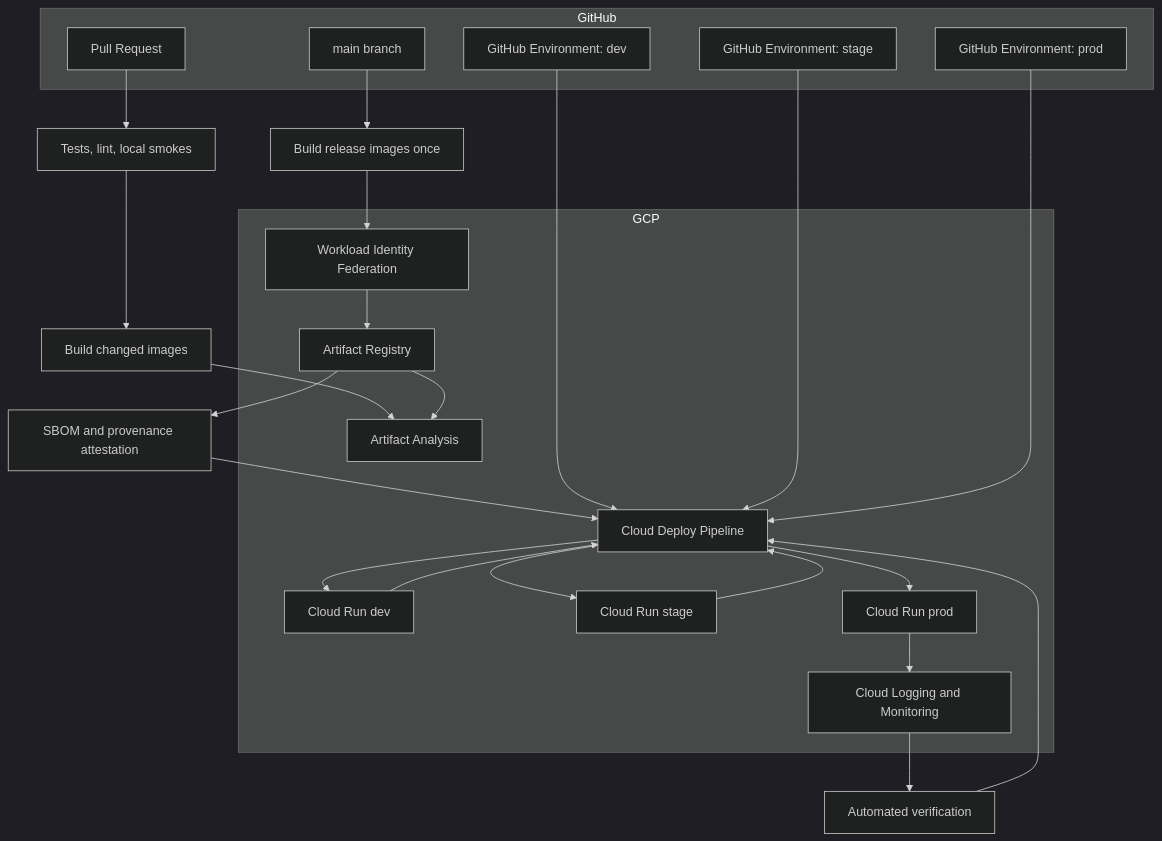
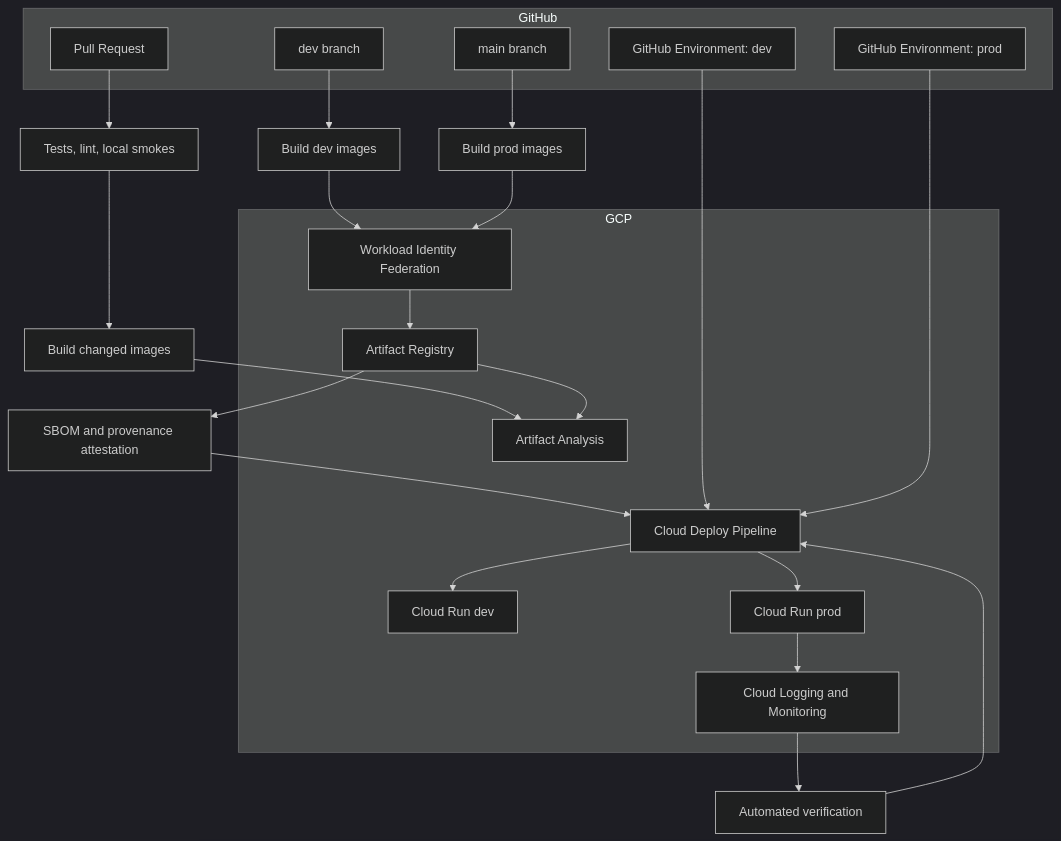
The second of 4 diagrams in docs/current-state/deployment-cicd.md (custokingkr-dev/ims-v1), drawn with Mermaid (dark theme) before and after one commit. The commit also changed other lines of this file and 13 other files, not shown here.

Commit message:
Make deployments branch-owned by environment

````diff
--- a/docs/current-state/deployment-cicd.md
+++ b/docs/current-state/deployment-cicd.md
@@ -101,42 +101,39 @@
 ```mermaid
 flowchart TB
   subgraph GitHub
     PR[Pull Request]
+    Dev[dev branch]
     Main[main branch]
     EnvDev[GitHub Environment: dev]
-    EnvStage[GitHub Environment: stage]
     EnvProd[GitHub Environment: prod]
   end
 
   subgraph GCP
     WIF[Workload Identity Federation]
     AR[Artifact Registry]
     Scan[Artifact Analysis]
     CD[Cloud Deploy Pipeline]
     CRDev[Cloud Run dev]
-    CRStage[Cloud Run stage]
     CRProd[Cloud Run prod]
     Logs[Cloud Logging and Monitoring]
   end
 
   PR --> Tests[Tests, lint, local smokes]
   Tests --> PreviewBuild[Build changed images]
   PreviewBuild --> Scan
-  Main --> ReleaseBuild[Build release images once]
+  Dev --> DevBuild[Build dev images]
+  Main --> ReleaseBuild[Build prod images]
+  DevBuild --> WIF
   ReleaseBuild --> WIF
   WIF --> AR
   AR --> Scan
   AR --> Attest[SBOM and provenance attestation]
   Attest --> CD
   EnvDev --> CD
-  EnvStage --> CD
   EnvProd --> CD
   CD --> CRDev
-  CRDev --> CD
-  CD --> CRStage
-  CRStage --> CD
   CD --> CRProd
   CRProd --> Logs
   Logs --> Verify[Automated verification]
   Verify --> CD
 ```
````
